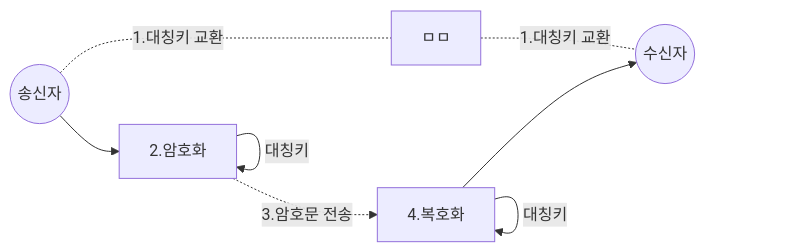
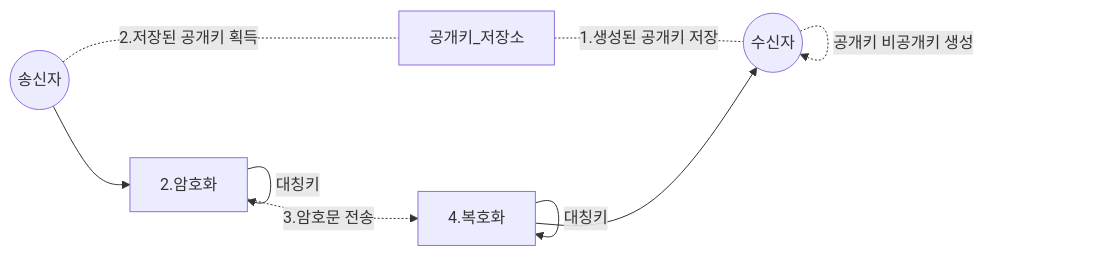
One commit to 1sonjm/1sonjm.github.io changed the second of 3 diagrams in _posts/develop/network/2019-02-12-TLS.md. Above: the diagram before and after it, drawn with Mermaid. The commit also changed other lines of this file, not shown here.

````diff
--- a/_posts/develop/network/2019-02-12-TLS.md
+++ b/_posts/develop/network/2019-02-12-TLS.md
@@ -34,12 +34,13 @@
 ```mermaid
 graph LR
 	sender((송신자))
 	reciver((수신자))
-	sender-.-|1.대칭키 교환|ㅁㅁ
-	ㅁㅁ-.-|1.대칭키 교환|reciver
+	reciver-.->|공개키 비공개키 생성|reciver
+	공개키_저장소-.-|1.생성된 공개키 저장|reciver
+	sender-.-|2.저장된 공개키 획득|공개키_저장소
 	sender-->2.암호화
 	2.암호화-->|대칭키|2.암호화
 	2.암호화-.->|3.암호문 전송|4.복호화
 	4.복호화-->|대칭키|4.복호화
 	4.복호화-->reciver
 ```
````
